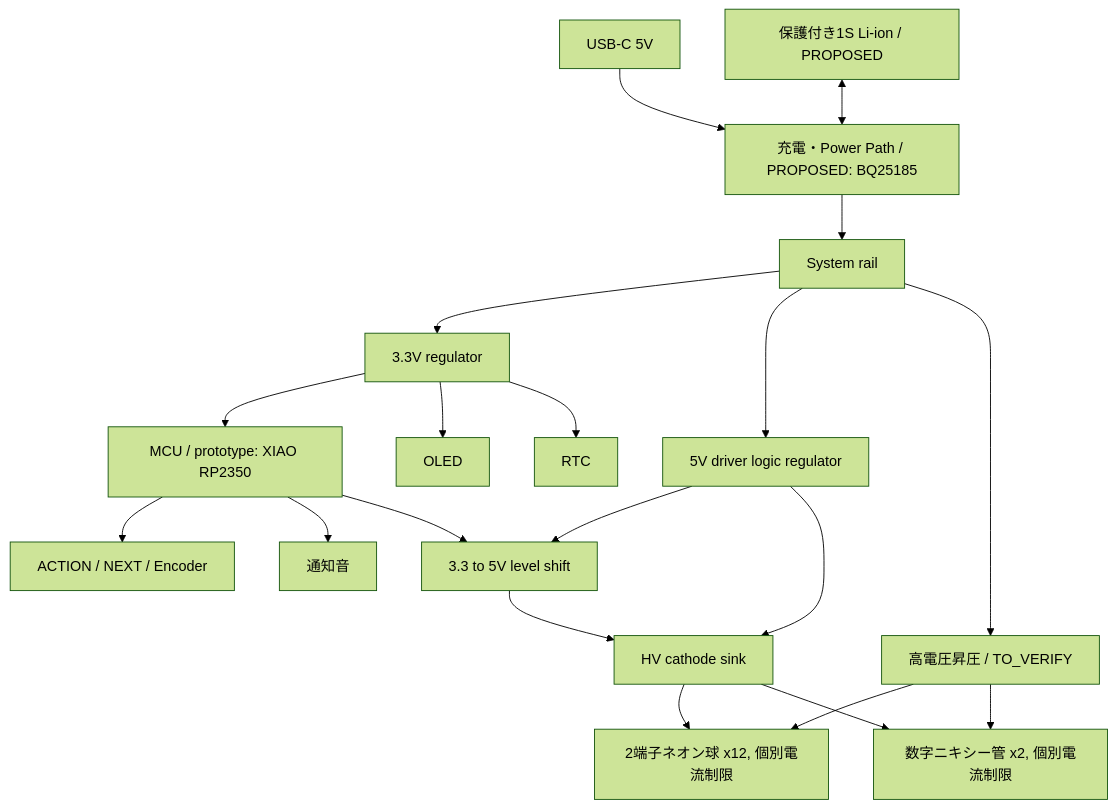
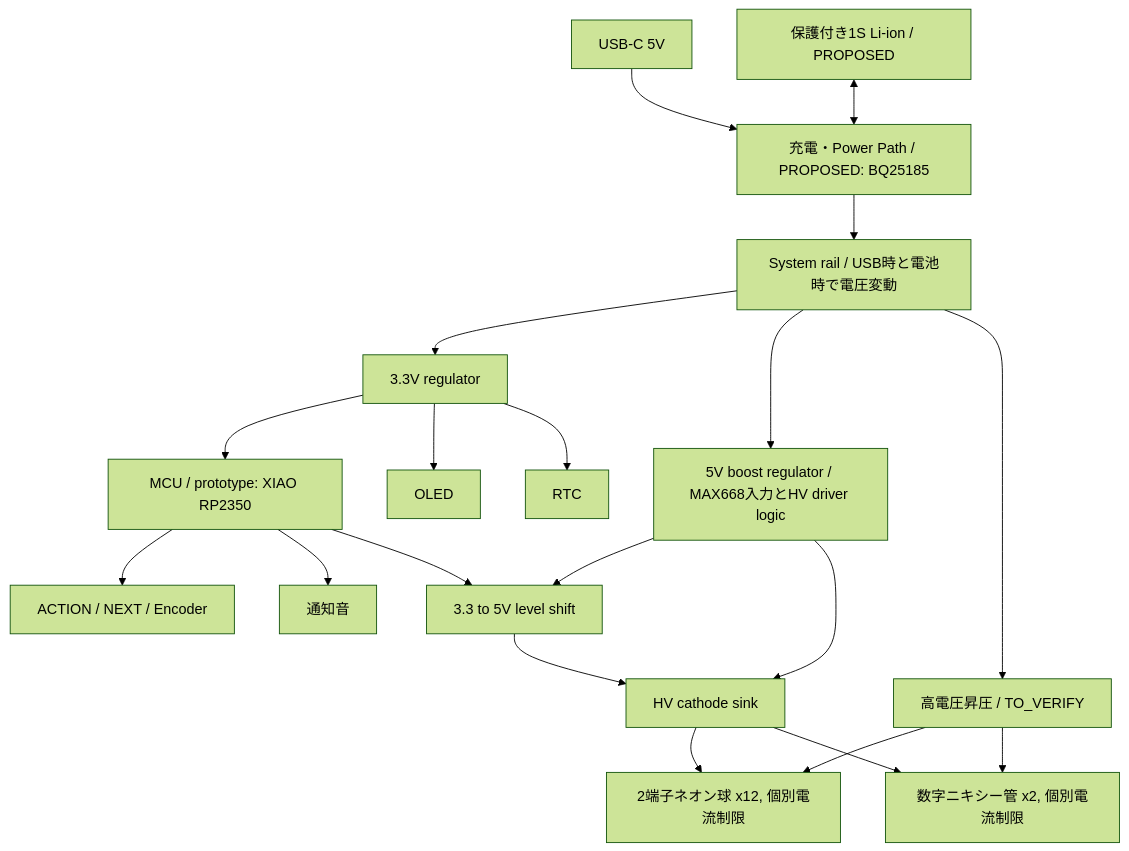
One commit to mitsu32m/PROJECT-NIXIDORO changed the diagram in docs/architecture.md. Above: the diagram before and after it, drawn with Mermaid (forest theme).

Commit message:
docs: clarify variable SYS and regulated 5V rail

````diff
--- a/docs/architecture.md
+++ b/docs/architecture.md
@@ -5,22 +5,22 @@
 ```mermaid
 flowchart TB
     U[USB-C 5V] --> PP[充電・Power Path / PROPOSED: BQ25185]
     B[保護付き1S Li-ion / PROPOSED] <--> PP
-    PP --> SYS[System rail]
+    PP --> SYS[System rail / USB時と電池時で電圧変動]
     SYS --> LV[3.3V regulator]
-    SYS --> V5[5V driver logic regulator]
+    SYS --> V5[5V boost regulator / MAX668入力とHV driver logic]
     SYS --> HV[高電圧昇圧 / TO_VERIFY]
     LV --> MCU[MCU / prototype: XIAO RP2350]
     LV --> OLED[OLED]
     LV --> RTC[RTC]
     MCU --> CTRL[ACTION / NEXT / Encoder]
     MCU --> AUD[通知音]
     MCU --> LEVEL[3.3 to 5V level shift]
     V5 --> LEVEL
     V5 --> DRIVER[HV cathode sink]
     LEVEL --> DRIVER
     HV --> LAMPS[2端子ネオン球 x12, 個別電流制限]
     HV --> DIGITS[数字ニキシー管 x2, 個別電流制限]
     DRIVER --> LAMPS
     DRIVER --> DIGITS
 ```
````
